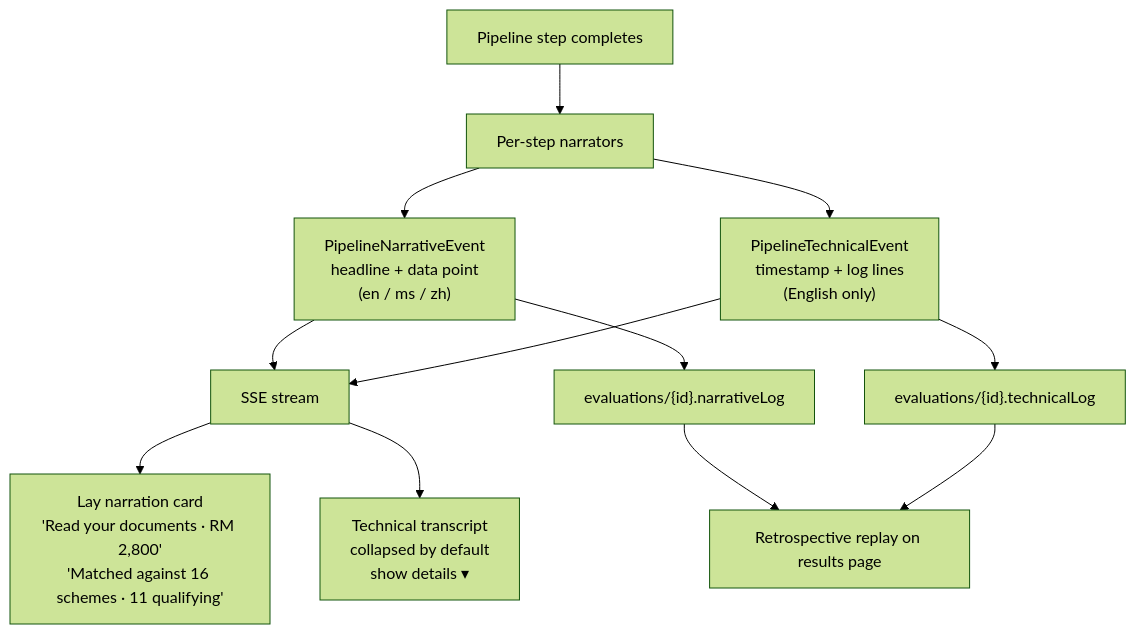
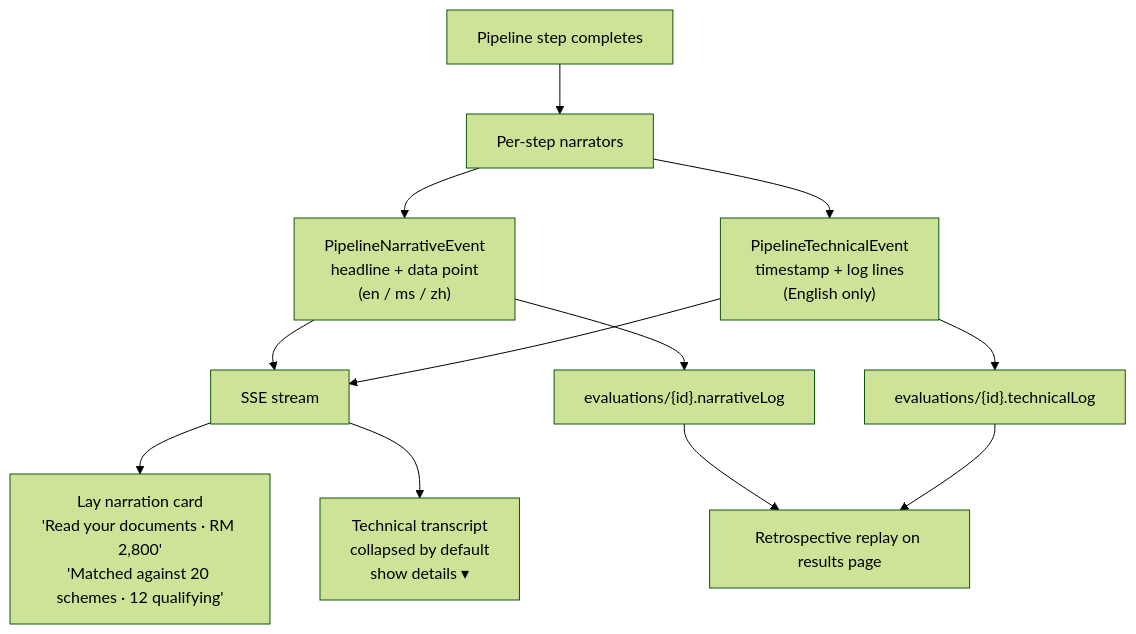
The eighth of 8 diagrams in README.md (AlaskanTuna/Layak), drawn with Mermaid (forest theme) before and after one commit. The commit also changed 18 other files, not shown here.

````diff
--- a/README.md
+++ b/README.md
@@ -298,14 +298,14 @@
 ```mermaid
 flowchart TD
     Step[Pipeline step completes] --> Narrate[Per-step narrators]
     Narrate --> Tier1["PipelineNarrativeEvent<br/>headline + data point<br/>(en / ms / zh)"]
     Narrate --> Tier2["PipelineTechnicalEvent<br/>timestamp + log lines<br/>(English only)"]
     Tier1 --> SSE[SSE stream]
     Tier2 --> SSE
-    SSE --> Lay["Lay narration card<br/>'Read your documents · RM 2,800'<br/>'Matched against 16 schemes · 11 qualifying'"]
+    SSE --> Lay["Lay narration card<br/>'Read your documents · RM 2,800'<br/>'Matched against 20 schemes · 12 qualifying'"]
     SSE --> Tech["Technical transcript<br/>collapsed by default<br/>show details ▾"]
     Tier1 --> Firestore["evaluations/{id}.narrativeLog"]
     Tier2 --> Firestore2["evaluations/{id}.technicalLog"]
     Firestore --> Replay[Retrospective replay on results page]
     Firestore2 --> Replay
 ```
````
